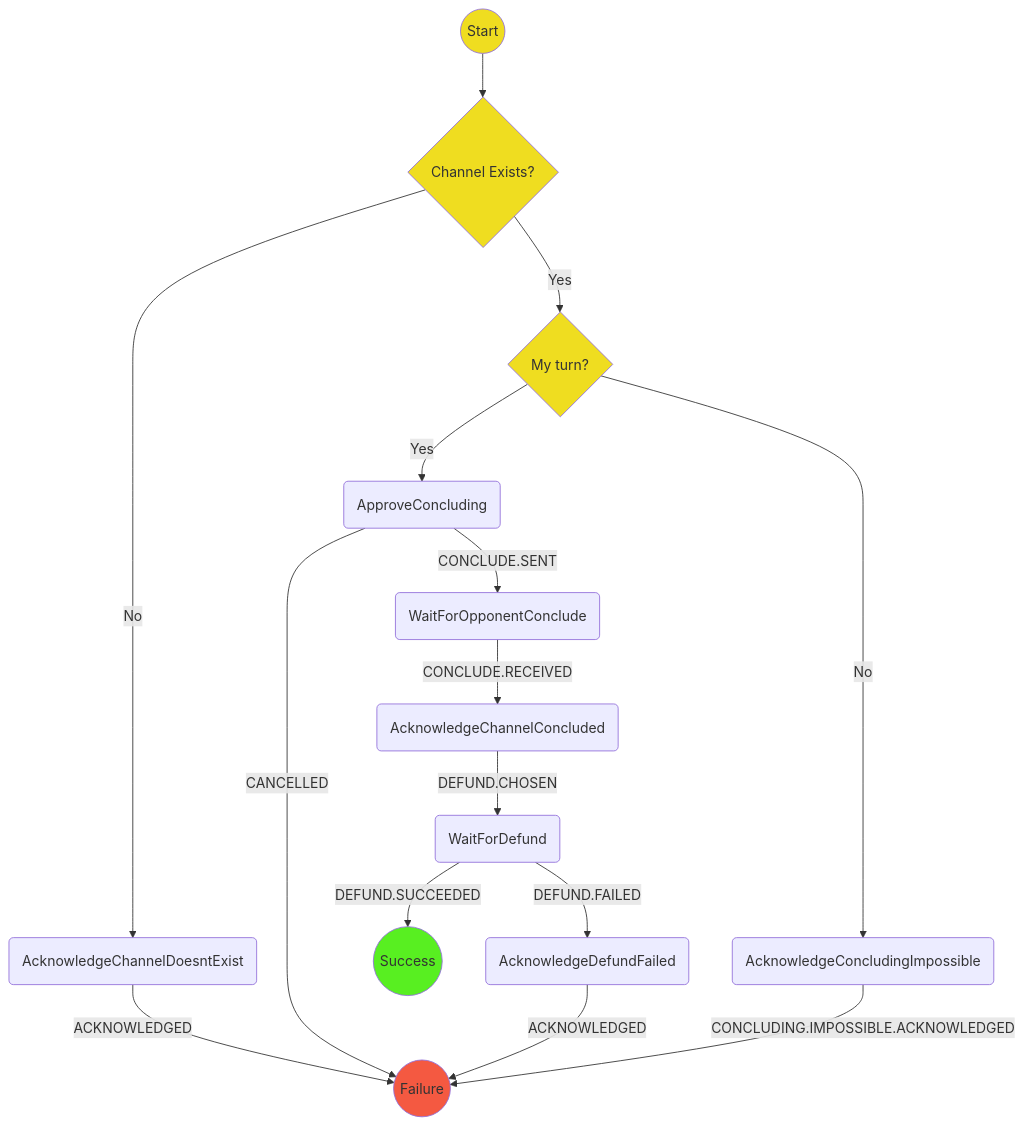
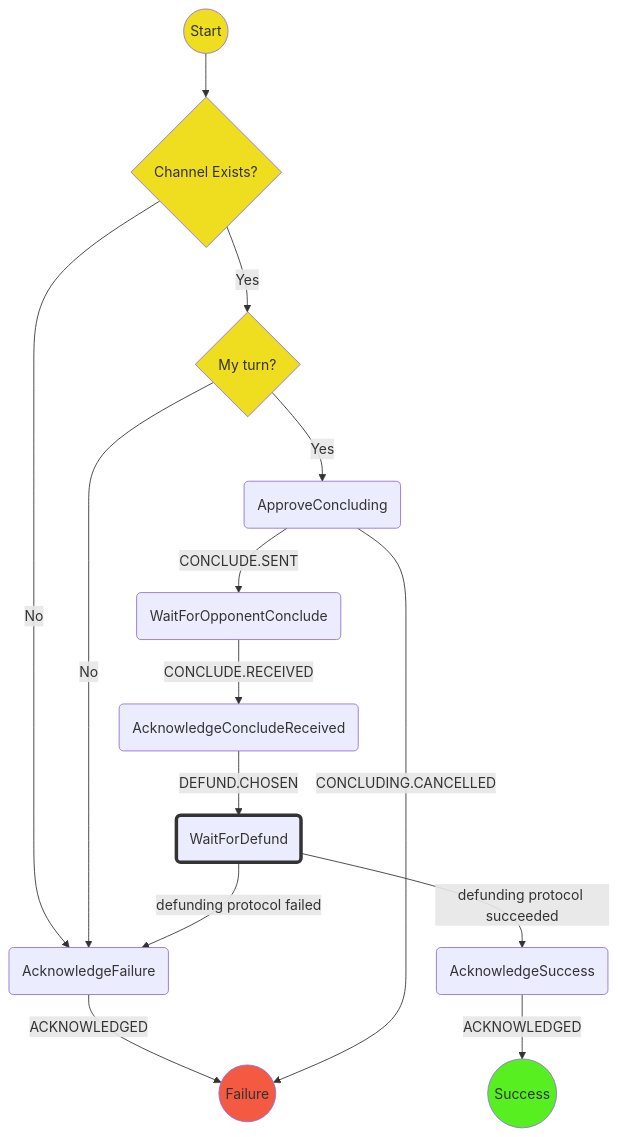
One commit to statechannels/statechannels changed the first of 2 diagrams in packages/rps/packages/wallet/src/redux/protocols/concluding/readme.md. Above: the diagram before and after it, drawn with Mermaid. The commit also changed other lines of this file and 18 other files, not shown here.

First line of the commit message:
Merge pull request #423 from magmo/gk-concluding-protocol

````diff
--- a/packages/rps/packages/wallet/src/redux/protocols/concluding/readme.md
+++ b/packages/rps/packages/wallet/src/redux/protocols/concluding/readme.md
@@ -21,22 +21,22 @@
 ```mermaid
 graph TD
   S((Start)) --> E{Channel Exists?}
-  E --> |No| ACDE(AcknowledgeChannelDoesntExist)
-  ACDE -->|ACKNOWLEDGED| F((Failure))
+  E --> |No| AF(AcknowledgeFailure)
+  AF -->|ACKNOWLEDGED| F((Failure))
   E --> |Yes| MT{My turn?}
   MT  --> |Yes| CC(ApproveConcluding)
-  MT  --> |No| RC(AcknowledgeConcludingImpossible)
-  CC  --> |CANCELLED| F
+  MT  --> |No| AF(AcknowledgeFailure)
+  CC  --> |CONCLUDING.CANCELLED| F
   CC  --> |CONCLUDE.SENT| WOC(WaitForOpponentConclude)
-  WOC --> |CONCLUDE.RECEIVED| ACC(AcknowledgeChannelConcluded)
-  ACC --> |DEFUND.CHOSEN| D(WaitForDefund)
-  D   --> |DEFUND.SUCCEEDED| SS((Success))
-  D   --> |DEFUND.FAILED| ADF(AcknowledgeDefundFailed)
-  ADF -->|ACKNOWLEDGED| F((Failure))
-  RC  --> |CONCLUDING.IMPOSSIBLE.ACKNOWLEDGED| F
+  WOC --> |CONCLUDE.RECEIVED| ACR(AcknowledgeConcludeReceived)
+  ACR --> |DEFUND.CHOSEN| D(WaitForDefund)
+  D   --> |defunding protocol succeeded| AS(AcknowledgeSuccess)
+  AS -->  |ACKNOWLEDGED| SS((Success))
+  D   --> |defunding protocol failed| AF(AcknowledgeFailure)
   style S  fill:#efdd20
   style E  fill:#efdd20
   style MT fill:#efdd20
   style SS fill:#58ef21
   style F  fill:#f45941
+  style D stroke:#333,stroke-width:4px
 ```
````
